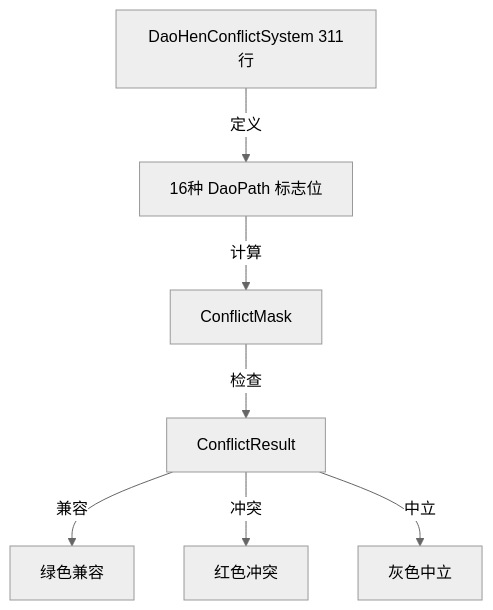
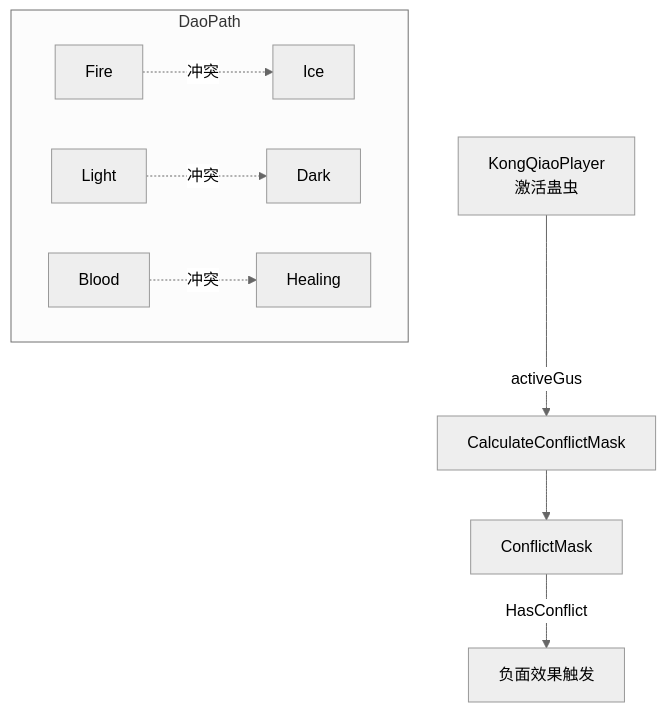
One commit to fsx-saki/VerminLordMod changed the fourth of 5 diagrams in plans/项目全景分析报告.md. Above: the diagram before and after it, drawn with Mermaid (neutral theme). The commit also changed other lines of this file and 68 other files, not shown here.

````diff
--- a/plans/项目全景分析报告.md
+++ b/plans/项目全景分析报告.md
@@ -470,9 +906,19 @@
 ```mermaid
-flowchart TD
-    DCS[DaoHenConflictSystem 311行] -->|定义| DP[16种 DaoPath 标志位]
-    DP -->|计算| CM[ConflictMask]
-    CM -->|检查| CR[ConflictResult]
-    CR -->|兼容| GREEN[绿色兼容]
-    CR -->|冲突| RED[红色冲突]
-    CR -->|中立| GRAY[灰色中立]
+graph TD
+    KongQiao[KongQiaoPlayer<br/>激活蛊虫] -->|activeGus| ConflictCalc[CalculateConflictMask]
+    ConflictCalc --> ConflictMask[ConflictMask]
+    ConflictMask -->|HasConflict| Effect[负面效果触发]
+    
+    subgraph DaoPath
+        Fire
+        Ice
+        Light
+        Dark
+        Blood
+        Healing
+    end
+    
+    Fire -.->|冲突| Ice
+    Light -.->|冲突| Dark
+    Blood -.->|冲突| Healing
 ```
````
